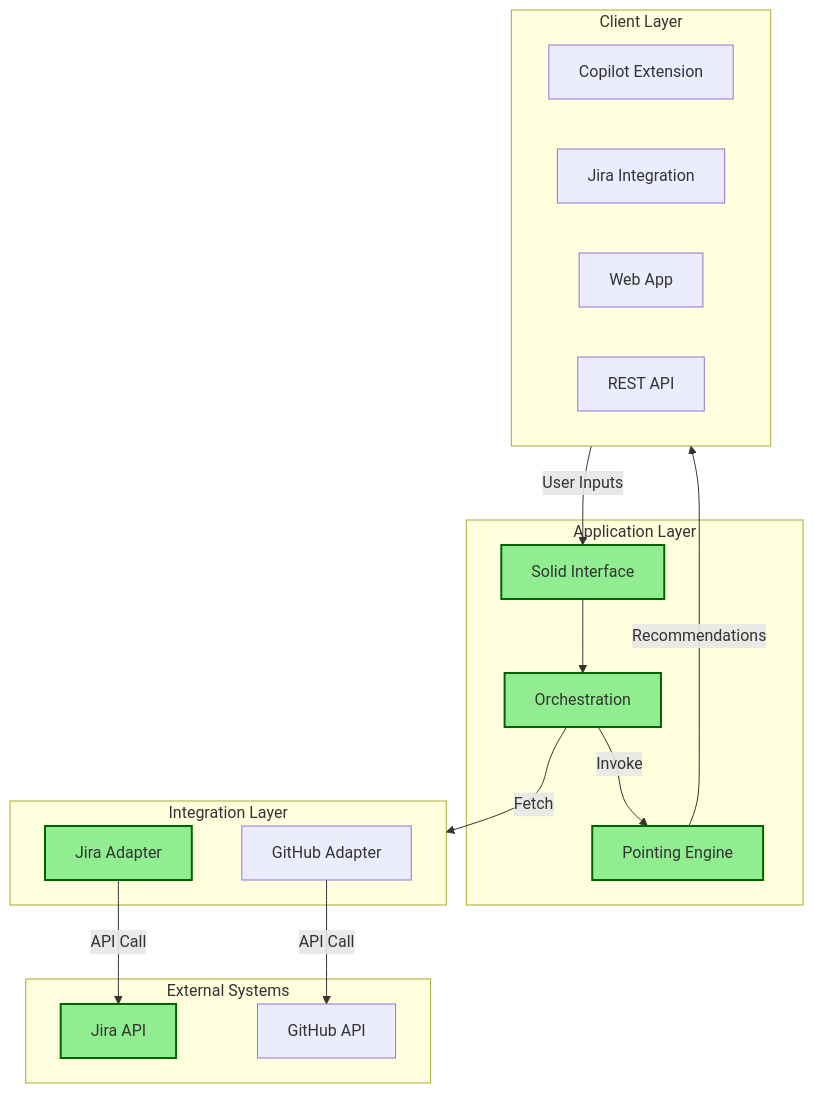
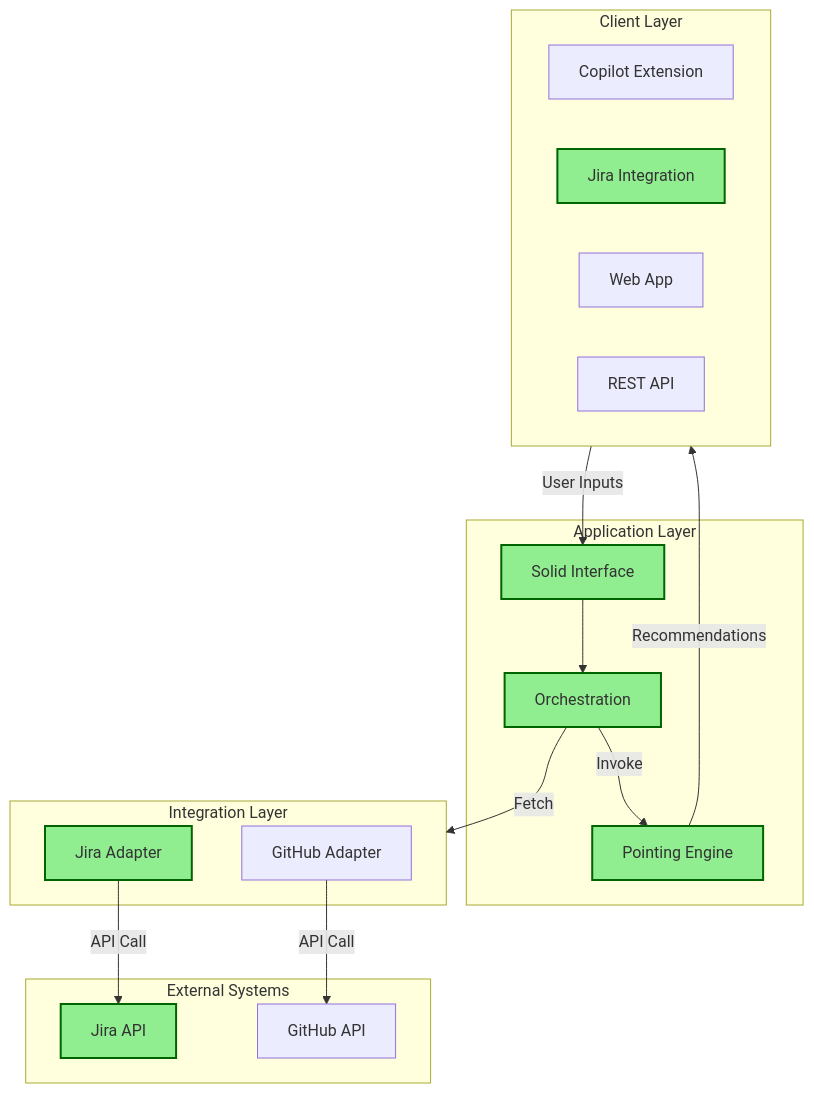
The diagram in ARCHITECTURE.mmd (stevenrein20/point.less), drawn with Mermaid before and after one commit. The commit also changed 6 other files, not shown here.

```diff
--- a/ARCHITECTURE.mmd
+++ b/ARCHITECTURE.mmd
@@ -1,38 +1,38 @@
 
 graph TD
 
 %% Style definitions for completed components
 classDef completed fill:#90EE90,stroke:#006400,stroke-width:2px
 
 subgraph Client[Client Layer]
     %% Copilot Extension - Should store in the .pointless file. Should authenicate to OpenAI and Jira by using API keys in the extension settings?.
     UI[Copilot Extension] 
-    UI2[Jira Integration]
+    UI2[Jira Integration]:::completed
     %% Web App - Should store context (ref stories, custom instruction). Should also have a way to download it to some file format like .pointless. in local storage. Should authenicate to Jira to pull stories, should have fields to do stories locally too, OpenAI should use my Key and we should have Firebase Auth.
     UI3[Web App] 
     UI4[REST API]
 end
 
 subgraph Logic[Application Layer]
     Interface[Solid Interface]:::completed
     Orchestration[Orchestration]:::completed
     CoreEngine[Pointing Engine]:::completed
 end
 
 subgraph Integration[Integration Layer]
     AdapterJira[Jira Adapter]:::completed
     AdapterGitHub[GitHub Adapter]
 end
 
 subgraph External[External Systems]
     JiraAPI[Jira API]:::completed
     GitHubAPI[GitHub API]
 end
 
 Client -->|User Inputs| Interface
 Interface --> Orchestration
 Orchestration -->|Fetch| Integration
 AdapterJira -->|API Call| JiraAPI
 AdapterGitHub -->|API Call| GitHubAPI
 Orchestration -->|Invoke| CoreEngine
 CoreEngine -->|Recommendations| Client
```
